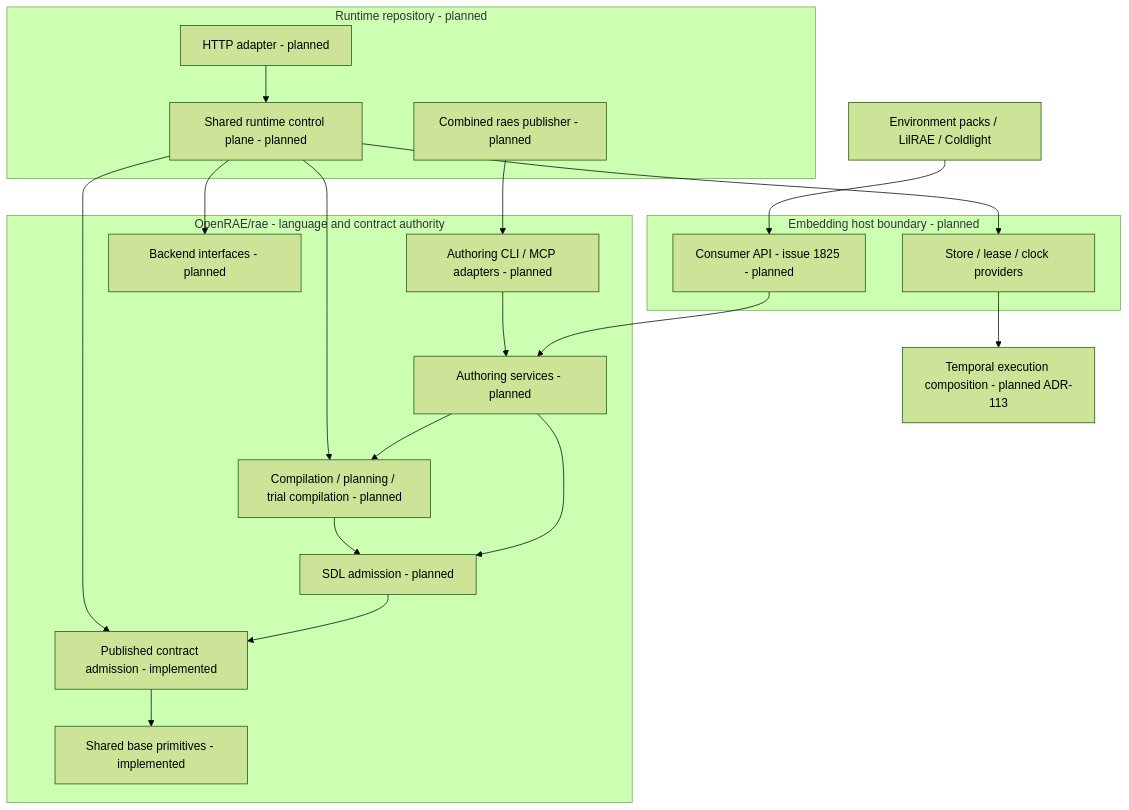
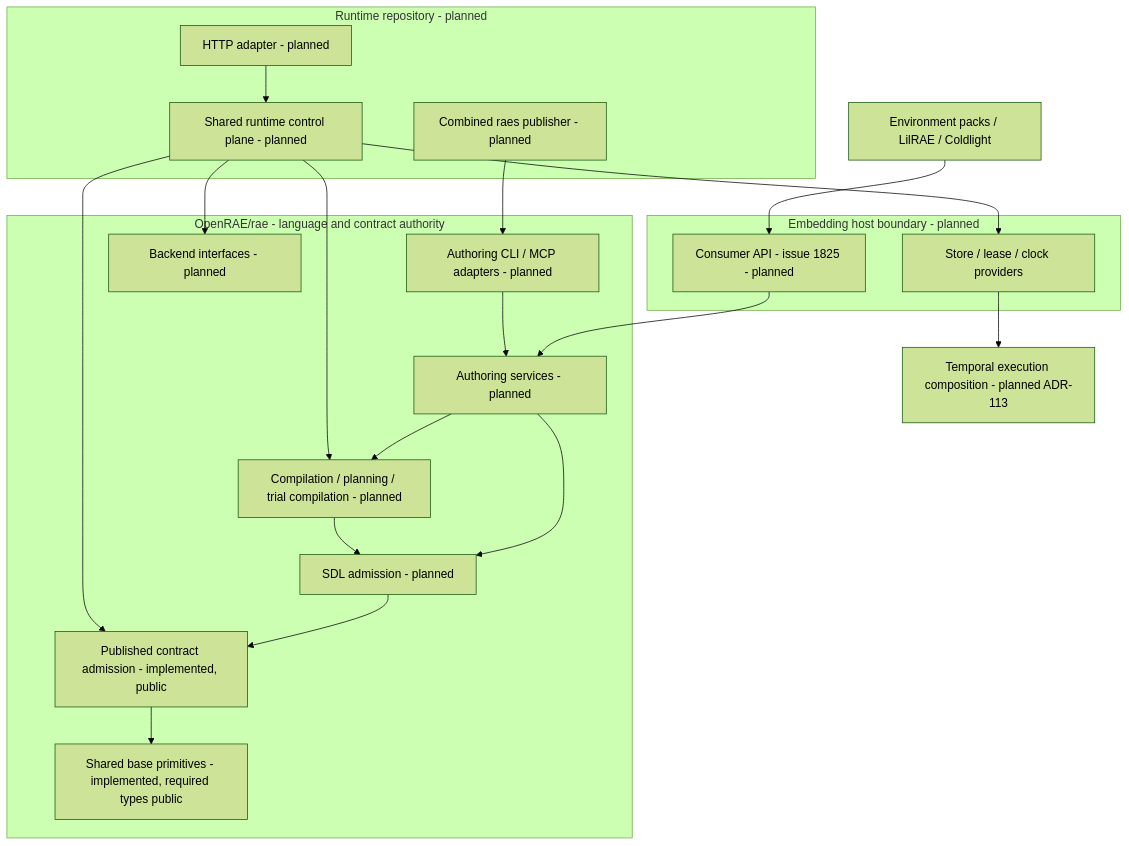
The first of 3 diagrams in docs/develop/go-architecture.md (OpenRAE/rae), drawn with Mermaid (forest theme) before and after one commit. The commit also changed other lines of this file and 7003 other files, not shown here.

````diff
--- a/docs/develop/go-architecture.md
+++ b/docs/develop/go-architecture.md
@@ -27,37 +29,37 @@
 ```mermaid
 flowchart TB
     Consumers[Environment packs / LilRAE / Coldlight]
     subgraph Host[Embedding host boundary - planned]
         Providers[Store / lease / clock providers]
         API[Consumer API - issue 1825 - planned]
     end
     subgraph RAES[OpenRAE/rae - language and contract authority]
         Transport[Authoring CLI / MCP adapters - planned]
         App[Authoring services - planned]
         SDL[SDL admission - planned]
-        Contracts[Published contract admission - implemented]
+        Contracts[Published contract admission - implemented, public]
         Processor[Compilation / planning / trial compilation - planned]
         Backend[Backend interfaces - planned]
-        Base[Shared base primitives - implemented]
+        Base[Shared base primitives - implemented, required types public]
     end
     subgraph RuntimeRepo[Runtime repository - planned]
         Runtime[Shared runtime control plane - planned]
         HTTP[HTTP adapter - planned]
         CLI[Combined raes publisher - planned]
     end
     Consumers --> API
     API --> App
     Transport --> App
     App --> SDL
     App --> Processor
     CLI --> Transport
     HTTP --> Runtime
     SDL --> Contracts
     Processor --> SDL
     Runtime --> Processor
     Runtime --> Contracts
     Runtime --> Backend
     Runtime --> Providers
     Contracts --> Base
     Providers --> Temporal[Temporal execution composition - planned ADR-113]
 ```
````
